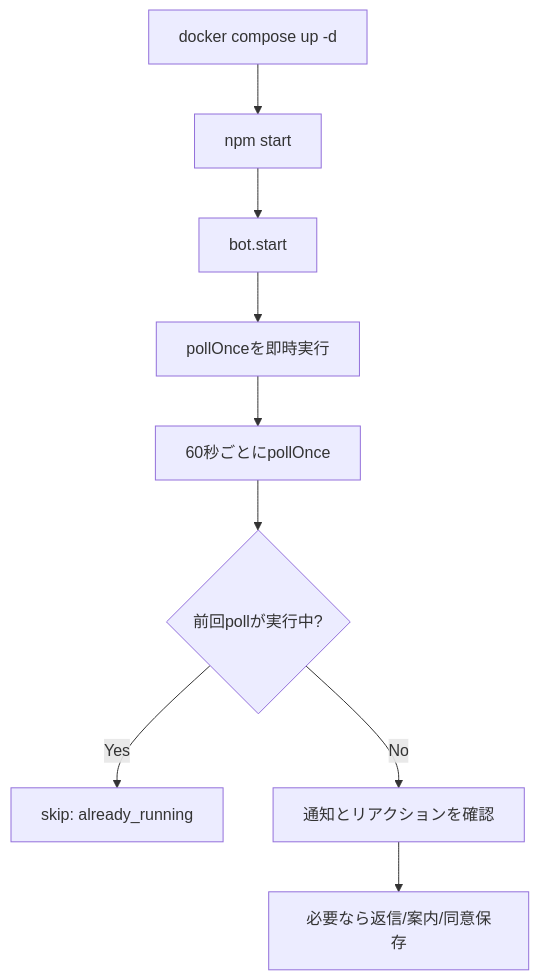
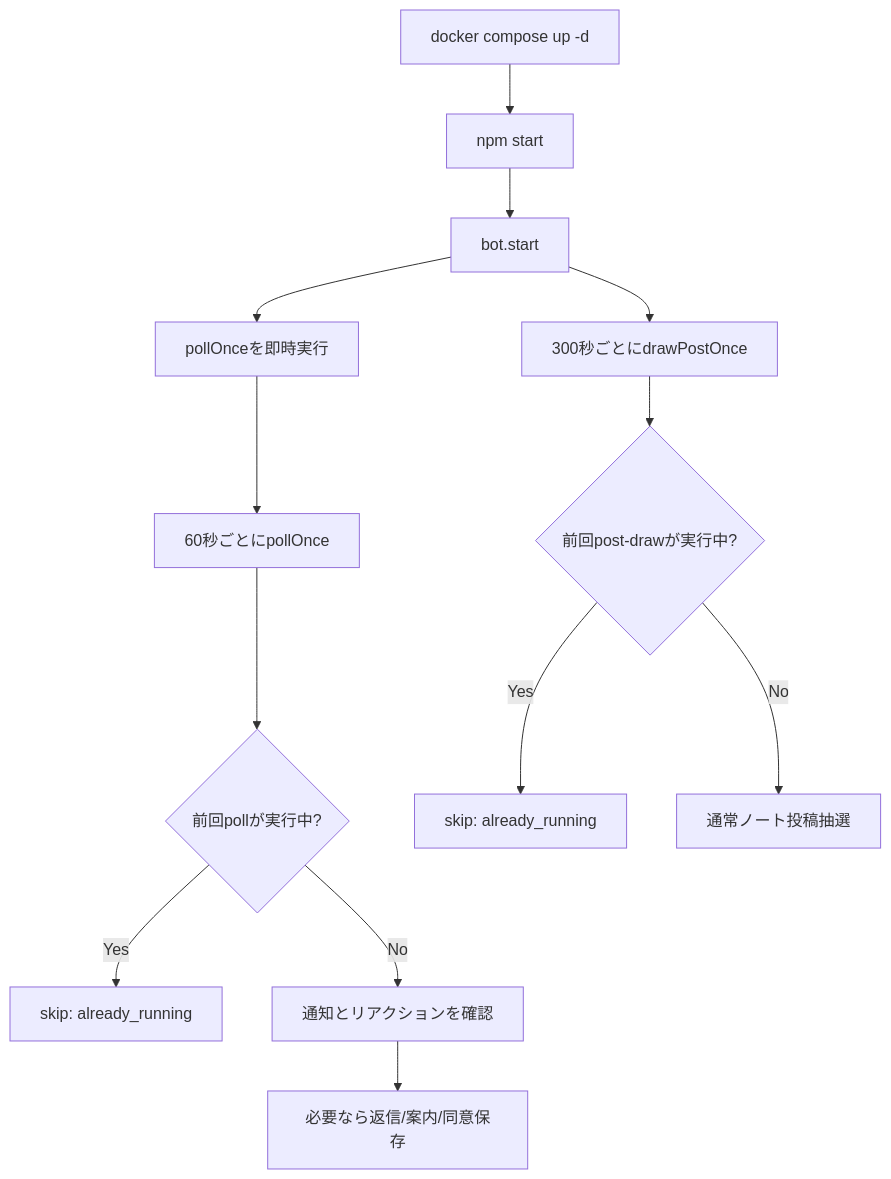
The second of 3 diagrams in docs/guide/script-overview.md (rohto4/io-bot-soul), drawn with Mermaid before and after one commit. The commit also changed other lines of this file and 33 other files, not shown here.

````diff
--- a/docs/guide/script-overview.md
+++ b/docs/guide/script-overview.md
@@ -43,11 +41,15 @@
 ```mermaid
 flowchart TD
   A[docker compose up -d] --> B[npm start]
   B --> C[bot.start]
   C --> D[pollOnceを即時実行]
   D --> E[60秒ごとにpollOnce]
   E --> F{前回pollが実行中?}
   F -- Yes --> G[skip: already_running]
   F -- No --> H[通知とリアクションを確認]
   H --> I[必要なら返信/案内/同意保存]
+  C --> J[300秒ごとにdrawPostOnce]
+  J --> K{前回post-drawが実行中?}
+  K -- Yes --> L[skip: already_running]
+  K -- No --> M[通常ノート投稿抽選]
 ```
````
